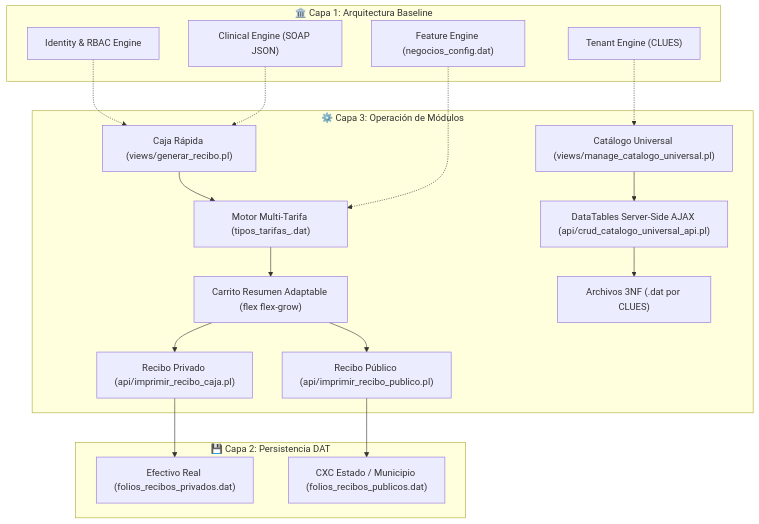
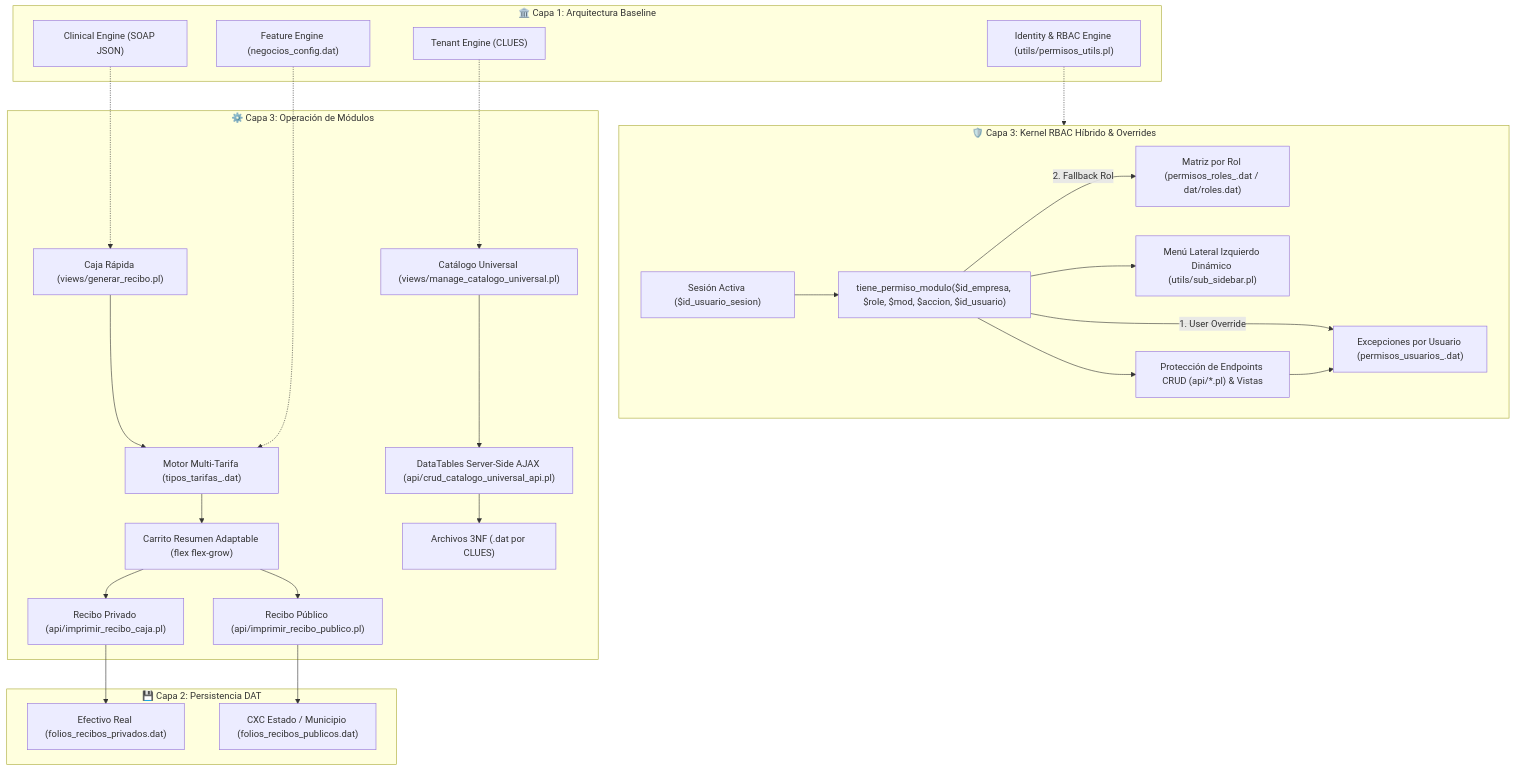
Before and after one commit to geisabpagit-bit/ospulso: the second of 2 diagrams in docs/README.md, drawn with Mermaid. The commit also changed other lines of this file and 2 other files, not shown here.

Commit message:
docs(rbac): actualización de la documentación técnica oficial en docs/ (Capa 2, Capa 3 y README.md) reflejando el Motor RBAC Híbrido y User Overrides

````diff
--- a/docs/README.md
+++ b/docs/README.md
@@ -47,29 +48,38 @@
 ```mermaid
 graph TD
     subgraph CoreBaseline ["🏛️ Capa 1: Arquitectura Baseline"]
         EN001["Tenant Engine (CLUES)"]
-        EN003["Identity & RBAC Engine"]
+        EN003["Identity & RBAC Engine (utils/permisos_utils.pl)"]
         EN005["Feature Engine (negocios_config.dat)"]
         EN007["Clinical Engine (SOAP JSON)"]
+    end
+
+    subgraph RBACFlow ["🛡️ Capa 3: Kernel RBAC Híbrido & Overrides"]
+        UserSession["Sesión Activa ($id_usuario_sesion)"] --> RBACCheck["tiene_permiso_modulo($id_empresa, $role, $mod, $accion, $id_usuario)"]
+        RBACCheck -->|1. User Override| UserDAT["Excepciones por Usuario (permisos_usuarios_<ID_EMPRESA>.dat)"]
+        RBACCheck -->|2. Fallback Rol| RoleDAT["Matriz por Rol (permisos_roles_<ID_EMPRESA>.dat / dat/roles.dat)"]
+        RBACCheck --> NavSidebar["Menú Lateral Izquierdo Dinámico (utils/sub_sidebar.pl)"]
+        RBACCheck --> APIsProtect["Protección de Endpoints CRUD (api/*.pl) & Vistas"]
     end
 
     subgraph OSPulsoProd ["⚙️ Capa 3: Operación de Módulos"]
         CR["Caja Rápida (views/generar_recibo.pl)"] --> MultiTarifa["Motor Multi-Tarifa (tipos_tarifas_<CLUES>.dat)"]
         MultiTarifa --> Cart["Carrito Resumen Adaptable (flex flex-grow)"]
         Cart --> ReciboPriv["Recibo Privado (api/imprimir_recibo_caja.pl)"]
         Cart --> ReciboPub["Recibo Público (api/imprimir_recibo_publico.pl)"]
         
         CU["Catálogo Universal (views/manage_catalogo_universal.pl)"] --> ServerSide["DataTables Server-Side AJAX (api/crud_catalogo_universal_api.pl)"]
         ServerSide --> DATFiles["Archivos 3NF (.dat por CLUES)"]
     end
 
     subgraph DataStorage ["💾 Capa 2: Persistencia DAT"]
         ReciboPriv --> CashFlow["Efectivo Real (folios_recibos_privados.dat)"]
         ReciboPub --> CXCFlow["CXC Estado / Municipio (folios_recibos_publicos.dat)"]
+        APIsProtect --> UserDAT
     end
 
     EN001 -.-> CU
-    EN003 -.-> CR
+    EN003 -.-> RBACFlow
     EN005 -.-> MultiTarifa
     EN007 -.-> CR
 ```
````
